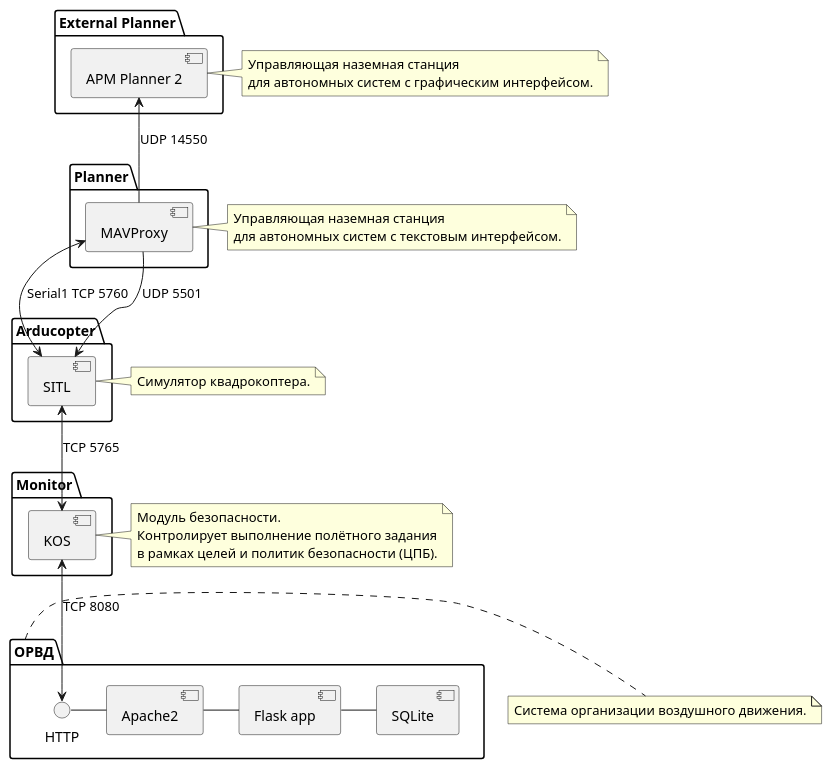
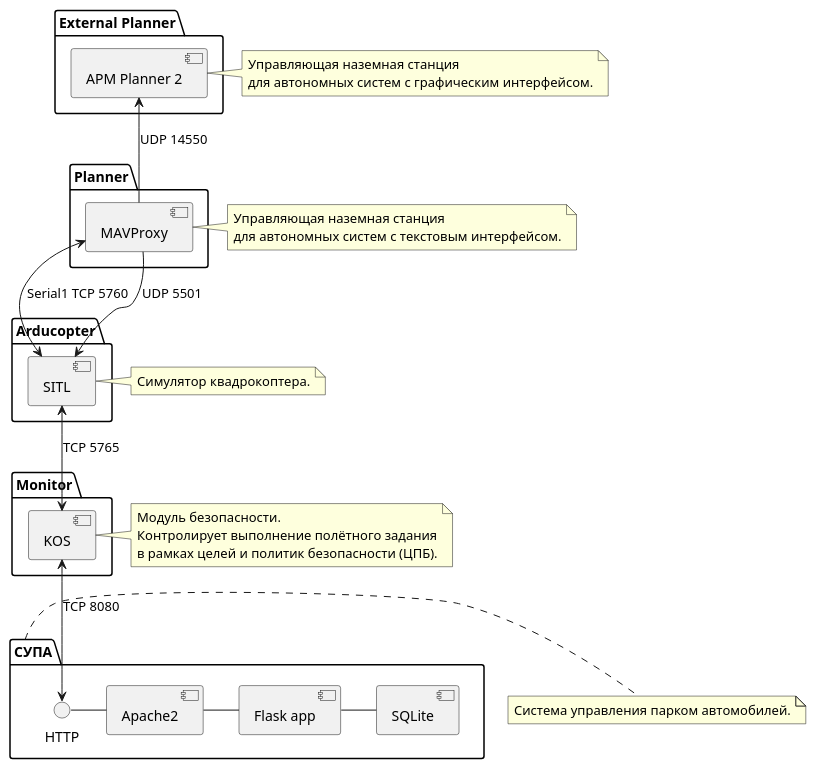
Before and after one commit to cyberimmunity-edu/cyberimmune-systems-autonomous-delivery-drone-with-kos: the diagram in docs/scheme5.plantuml, drawn with PlantUML. The commit also changed 9 other files, not shown here.

```diff
--- a/docs/scheme5.plantuml
+++ b/docs/scheme5.plantuml
@@ -1,55 +1,55 @@
 @startuml scheme5
 
-package "ОРВД" {
+package "СУПА" {
     HTTP - [Apache2]
     [Apache2] - [Flask app]
     [Flask app] - [SQLite]
 }
 
 package "Arducopter" {
     [SITL]
 }
 
 package "Planner" {
     [MAVProxy]
 }
 
 package "Monitor" {
     [KOS]
 }
 
 package "External Planner" {
     [APM Planner 2]
 }
 
 [KOS] <--> HTTP : TCP 8080
 [SITL] <--> [KOS] : TCP 5765
 [MAVProxy] <--> [SITL] : Serial1 TCP 5760
 [MAVProxy] --> [SITL] : UDP 5501
 [APM Planner 2] <-- [MAVProxy] : UDP 14550
 
 note right of [KOS]
     Модуль безопасности.
     Контролирует выполнение полётного задания
     в рамках целей и политик безопасности (ЦПБ).
 end note
 
 note right of [SITL]
     Симулятор квадрокоптера.
 end note
 
-note right of ОРВД
-    Система организации воздушного движения.
+note right of СУПА
+    Система управления парком автомобилей.
 end note
 
 note right of [MAVProxy]
     Управляющая наземная станция 
     для автономных систем с текстовым интерфейсом.
 end note
 
 note right of [APM Planner 2]
     Управляющая наземная станция 
     для автономных систем с графическим интерфейсом.
 end note
 
 @enduml
```
